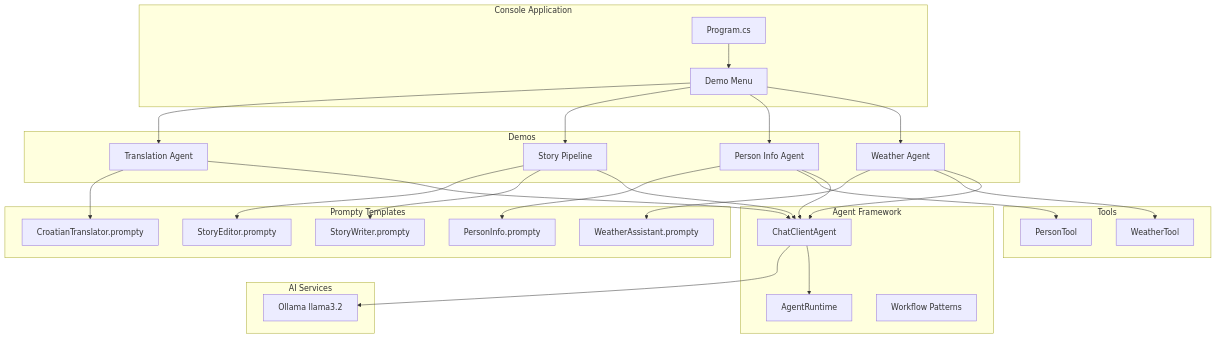
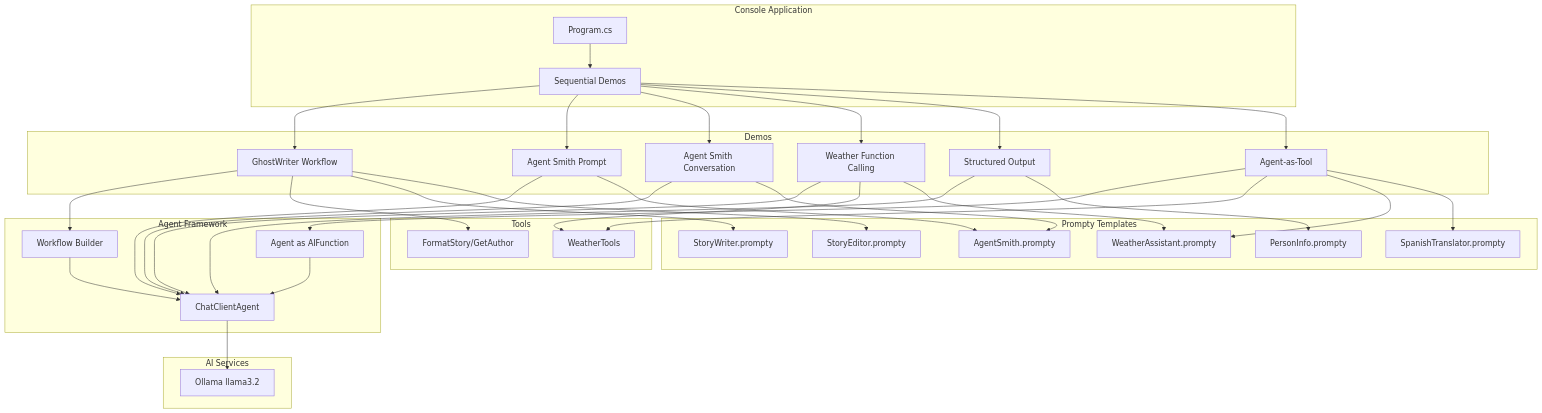
Before and after one commit to mgliot/AI.Workshop: the first of 8 diagrams in docs/AI.Workshop.Console.Agents.md, drawn with Mermaid. The commit also changed other lines of this file and 15 other files, not shown here.

````diff
--- a/docs/AI.Workshop.Console.Agents.md
+++ b/docs/AI.Workshop.Console.Agents.md
@@ -7,47 +7,54 @@
 ```mermaid
 graph TB
     subgraph "Console Application"
         MAIN[Program.cs]
-        MENU[Demo Menu]
+        DEMOS[Sequential Demos]
     end
     
     subgraph "Demos"
-        D1[Weather Agent]
-        D2[Person Info Agent]
-        D3[Story Pipeline]
-        D4[Translation Agent]
+        D1[GhostWriter Workflow]
+        D2[Agent Smith Prompt]
+        D3[Agent Smith Conversation]
+        D4[Weather Function Calling]
+        D5[Structured Output]
+        D6[Agent-as-Tool]
     end
     
     subgraph "Agent Framework"
         CCA[ChatClientAgent]
-        RT[AgentRuntime]
-        WF[Workflow Patterns]
+        WF[Workflow Builder]
+        AAT[Agent as AIFunction]
     end
     
     subgraph "Tools"
-        WT[WeatherTool]
-        PT[PersonTool]
+        WT[WeatherTools]
+        FMT[FormatStory/GetAuthor]
     end
     
     subgraph "AI Services"
         OLL[Ollama llama3.2]
     end
     
     subgraph "Prompty Templates"
-        P1[WeatherAssistant.prompty]
-        P2[PersonInfo.prompty]
-        P3[StoryWriter.prompty]
-        P4[StoryEditor.prompty]
-        P5[CroatianTranslator.prompty]
+        P1[StoryWriter.prompty]
+        P2[StoryEditor.prompty]
+        P3[AgentSmith.prompty]
+        P4[WeatherAssistant.prompty]
+        P5[PersonInfo.prompty]
+        P6[SpanishTranslator.prompty]
     end
     
-    MAIN --> MENU --> D1 & D2 & D3 & D4
-    D1 & D2 & D3 & D4 --> CCA --> RT
-    D1 --> WT
-    D2 --> PT
+    MAIN --> DEMOS --> D1 & D2 & D3 & D4 & D5 & D6
+    D1 --> WF --> CCA
+    D2 & D3 --> CCA
+    D4 & D5 --> CCA
+    D6 --> AAT --> CCA
+    D1 --> FMT
+    D4 & D6 --> WT
     CCA --> OLL
-    D1 --> P1
-    D2 --> P2
-    D3 --> P3 & P4
-    D4 --> P5
+    D1 --> P1 & P2
+    D2 & D3 --> P3
+    D4 --> P4
+    D5 --> P5
+    D6 --> P4 & P6
 ```
````
